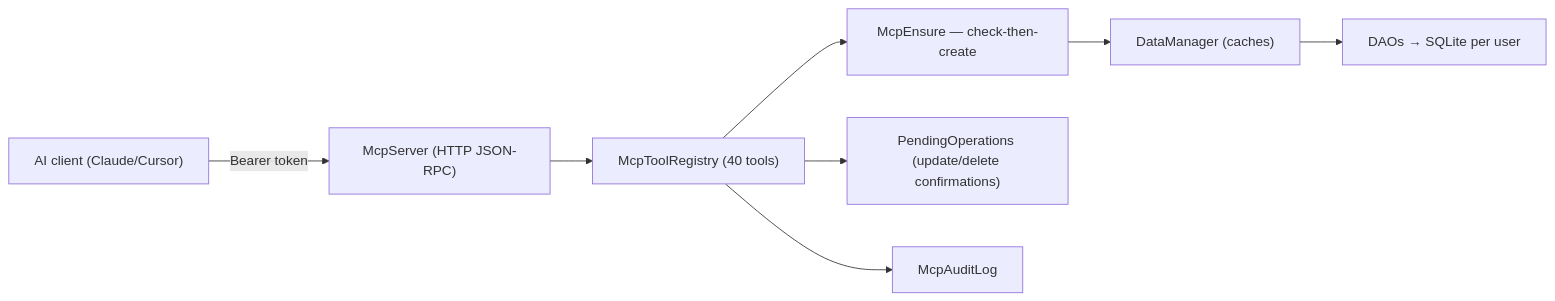
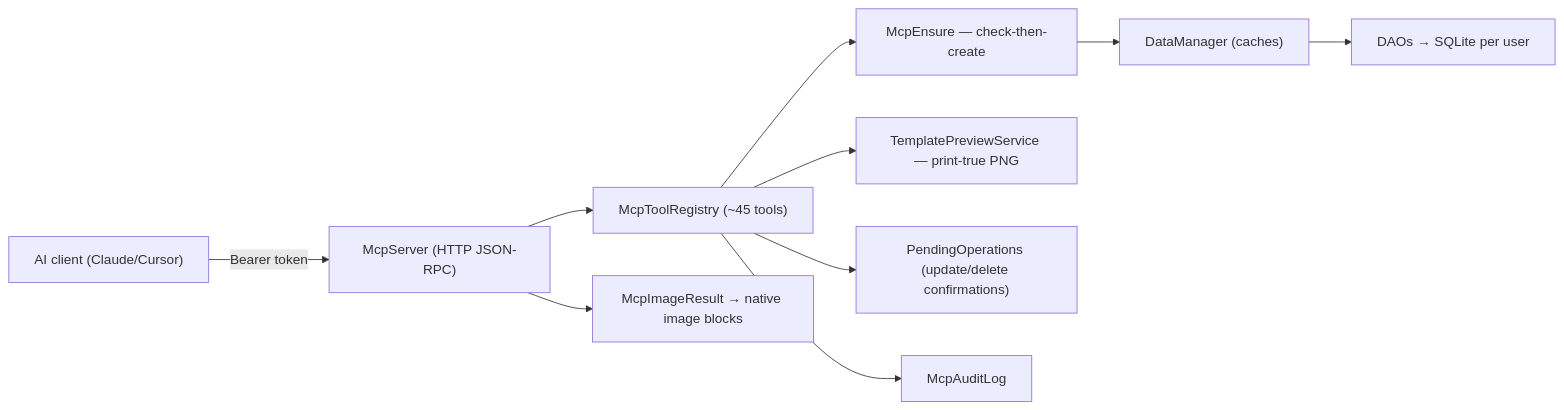
One commit to LaxmanSIW/share changed the diagram in docs/vault/08 MCP Server.md. Above: the diagram before and after it, drawn with Mermaid. The commit also changed other lines of this file and 10 other files, not shown here.

First line of the commit message:
MCP template design toolset: full vocabulary exposure + print-true preview

````diff
--- a/docs/vault/08 MCP Server.md
+++ b/docs/vault/08 MCP Server.md
@@ -15,10 +15,12 @@
 ```mermaid
 flowchart LR
   CLIENT["AI client (Claude/Cursor)"] -->|Bearer token| SRV["McpServer (HTTP JSON-RPC)"]
-  SRV --> REG["McpToolRegistry (40 tools)"]
+  SRV --> REG["McpToolRegistry (~45 tools)"]
+  SRV --> IMG["McpImageResult → native image blocks"]
   REG --> ENS["McpEnsure — check-then-create"]
+  REG --> PREV["TemplatePreviewService — print-true PNG"]
   ENS --> DM["DataManager (caches)"]
   REG --> PO["PendingOperations (update/delete confirmations)"]
   REG --> AUD["McpAuditLog"]
   DM --> DAO["DAOs → SQLite per user"]
 ```
````
